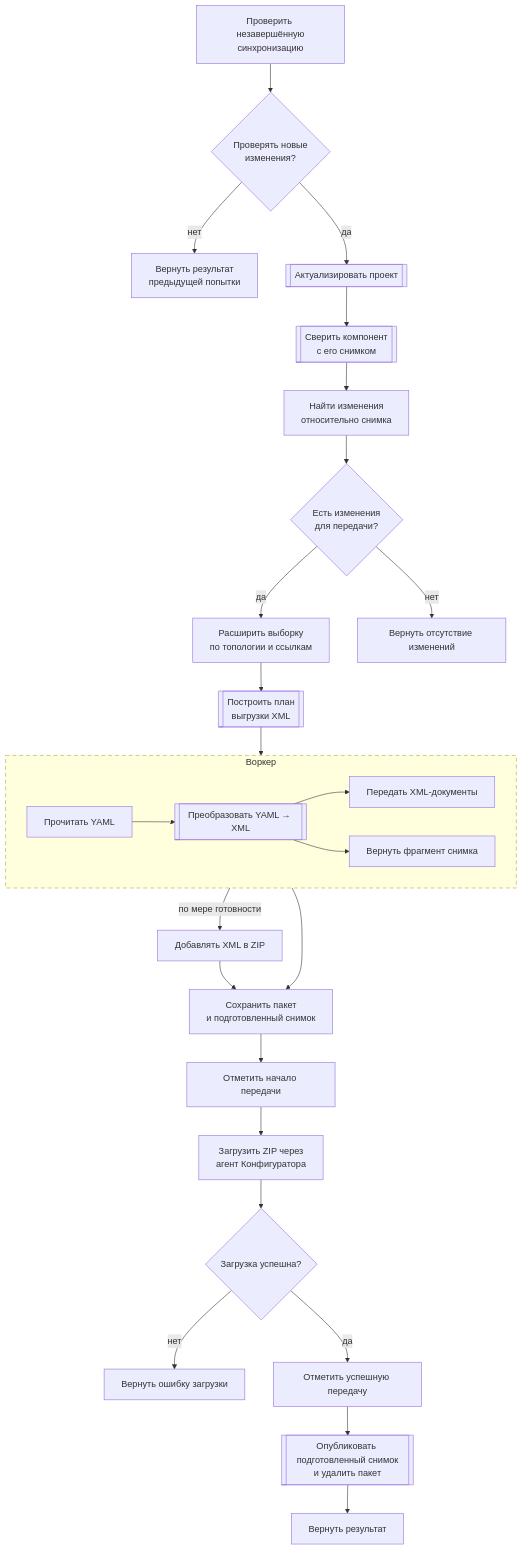
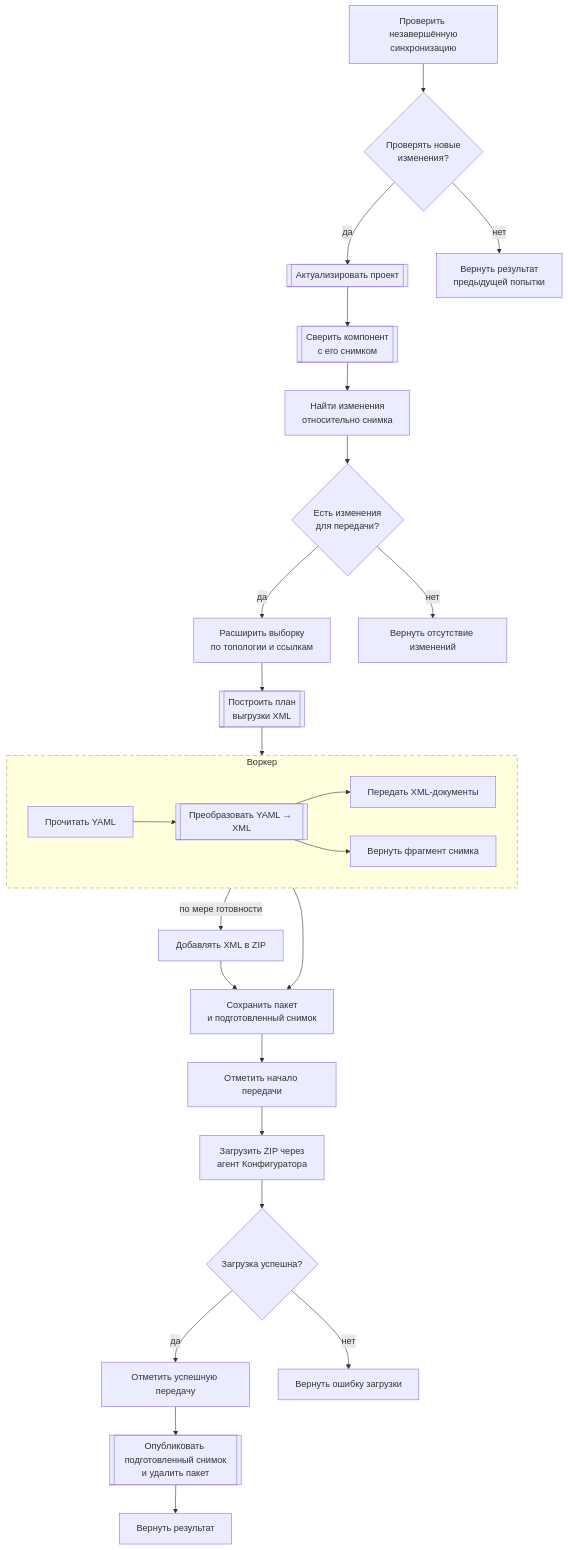
One commit to crimsongoldteam/nkdk changed the ninth of 11 diagrams in .agents/architecture.md. Above: the diagram before and after it, drawn with Mermaid. The commit also changed other lines of this file, not shown here.

````diff
--- a/.agents/architecture.md
+++ b/.agents/architecture.md
@@ -287,43 +287,43 @@
 ```mermaid
 flowchart TD
   pending["Проверить незавершённую<br/>синхронизацию"]
   proceed{"Проверять новые<br/>изменения?"}
-  previous["Вернуть результат<br/>предыдущей попытки"]
   validate[["Актуализировать проект"]]
   target[["Сверить компонент<br/>с его снимком"]]
   changes["Найти изменения<br/>относительно снимка"]
   work{"Есть изменения<br/>для передачи?"}
   impact["Расширить выборку<br/>по топологии и ссылкам"]
   plan[["Построить план<br/>выгрузки XML"]]
 
   subgraph partialSyncJob["Воркер"]
     direction LR
     readYaml["Прочитать YAML"] --> toXml[["Преобразовать YAML → XML"]]
     toXml --> document["Передать XML-документы"]
     toXml --> fragment["Вернуть фрагмент снимка"]
   end
 
   archive["Добавлять XML в ZIP"]
   prepared["Сохранить пакет<br/>и подготовленный снимок"]
   noChanges["Вернуть отсутствие изменений"]
+  previous["Вернуть результат<br/>предыдущей попытки"]
   transferring["Отметить начало передачи"]
   load["Загрузить ZIP через<br/>агент Конфигуратора"]
   outcome{"Загрузка успешна?"}
-  failure["Вернуть ошибку загрузки"]
   applied["Отметить успешную передачу"]
   publish[["Опубликовать подготовленный снимок<br/>и удалить пакет"]]
   result["Вернуть результат"]
+  failure["Вернуть ошибку загрузки"]
 
   pending --> proceed
   proceed -- "да" --> validate
   proceed -- "нет" --> previous
   validate --> target --> changes --> work
+  work -- "да" --> impact --> plan --> readYaml
   work -- "нет" --> noChanges
-  work -- "да" --> impact --> plan --> readYaml
   document -- "по мере готовности" --> archive --> prepared
   fragment --> prepared
   prepared --> transferring --> load --> outcome
+  outcome -- "да" --> applied --> publish --> result
   outcome -- "нет" --> failure
-  outcome -- "да" --> applied --> publish --> result
   style partialSyncJob stroke-dasharray: 7 5
 ```
````
